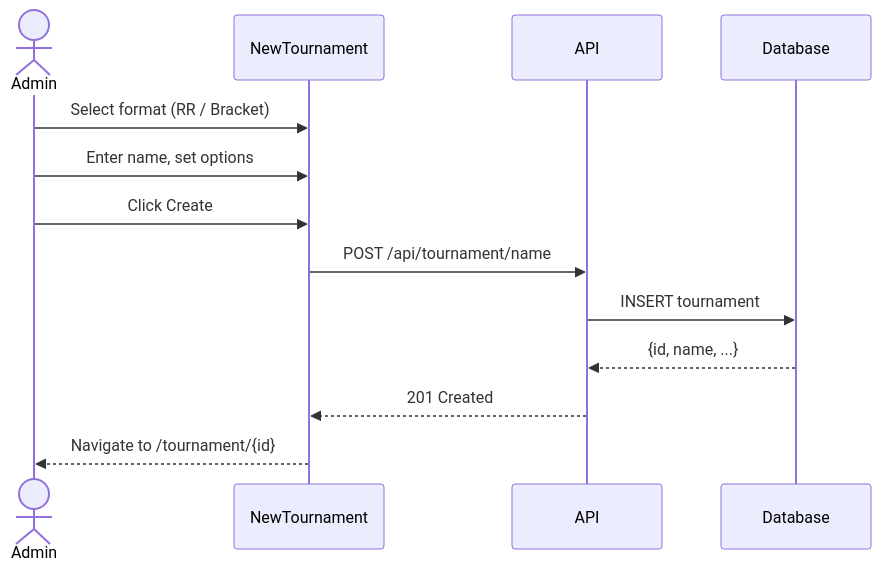
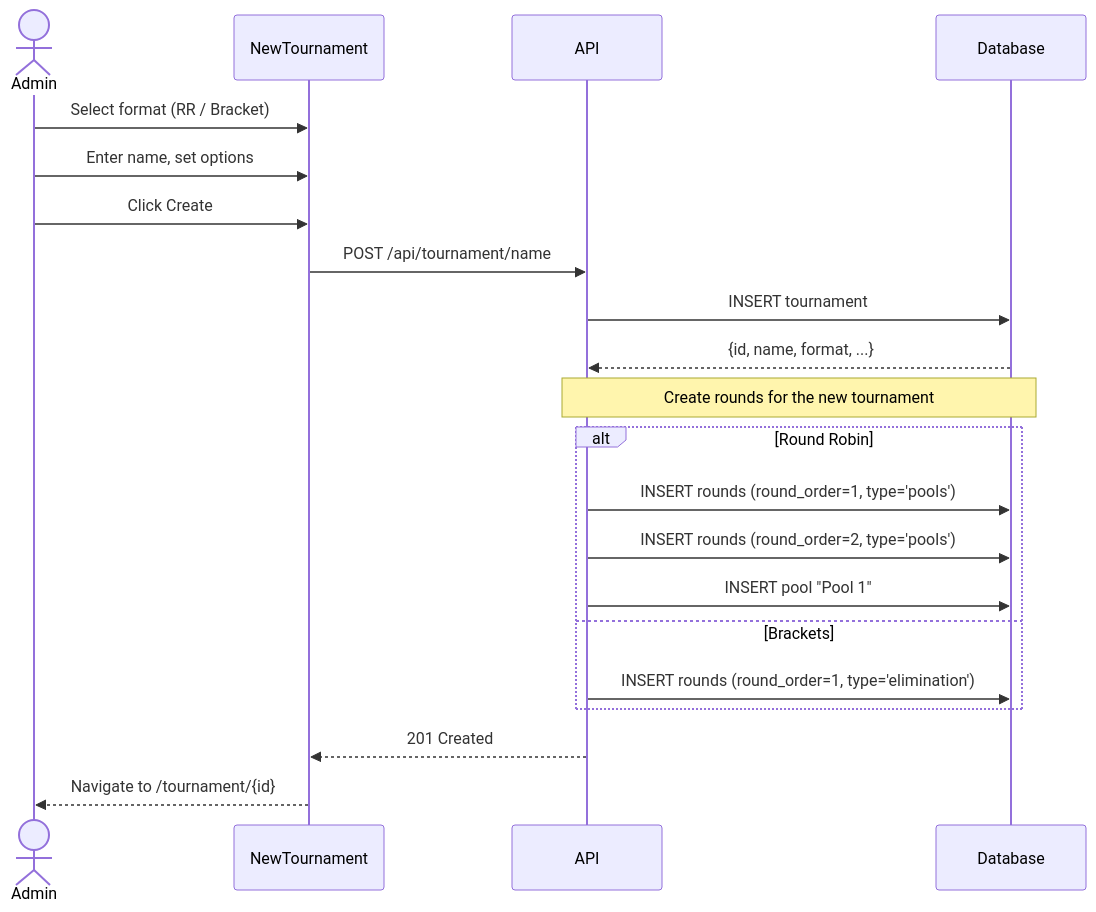
One commit to cy6erskunk/tournament-app changed the third of 14 diagrams in docs/interaction-diagrams.md. Above: the diagram before and after it, drawn with Mermaid. The commit also changed other lines of this file and 15 other files, not shown here.

First line of the commit message:
Step 1: Replace stages model with rounds-based tournament architecture

````diff
--- a/docs/interaction-diagrams.md
+++ b/docs/interaction-diagrams.md
@@ -67,16 +67,24 @@
 ```mermaid
 sequenceDiagram
     actor Admin
     participant NT as NewTournament
     participant API
     participant DB as Database
 
     Admin->>NT: Select format (RR / Bracket)
     Admin->>NT: Enter name, set options
     Admin->>NT: Click Create
     NT->>API: POST /api/tournament/name
     API->>DB: INSERT tournament
-    DB-->>API: {id, name, ...}
+    DB-->>API: {id, name, format, ...}
+    Note over API,DB: Create rounds for the new tournament
+    alt Round Robin
+        API->>DB: INSERT rounds (round_order=1, type='pools')
+        API->>DB: INSERT rounds (round_order=2, type='pools')
+        API->>DB: INSERT pool "Pool 1"
+    else Brackets
+        API->>DB: INSERT rounds (round_order=1, type='elimination')
+    end
     API-->>NT: 201 Created
     NT-->>Admin: Navigate to /tournament/{id}
 ```
````
